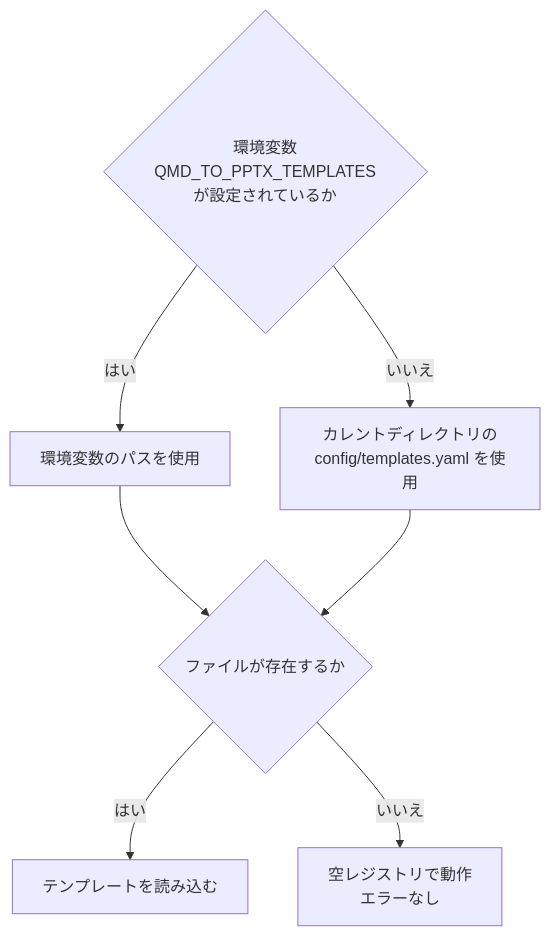
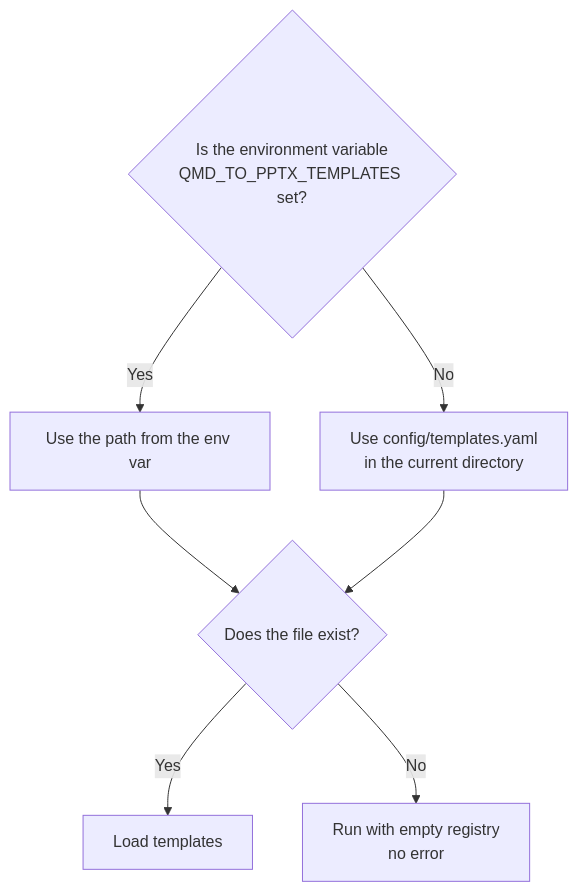
The third of 3 diagrams in README.md (notfolder/qmd_to_pptx), drawn with Mermaid before and after one commit. The commit also changed other lines of this file and 1 other file, not shown here.

Commit message:
Add Japanese README translation for qmd_to_pptx documentation

````diff
--- a/README.md
+++ b/README.md
@@ -236,9 +238,9 @@
 ```mermaid
 flowchart TD
-    A{環境変数\nQMD_TO_PPTX_TEMPLATES\nが設定されているか} -- はい --> B[環境変数のパスを使用]
-    A -- いいえ --> C[カレントディレクトリの\nconfig/templates.yaml を使用]
-    B --> D{ファイルが存在するか}
+    A{Is the environment variable\nQMD_TO_PPTX_TEMPLATES set?} -- Yes --> B[Use the path from the env var]
+    A -- No --> C[Use config/templates.yaml\nin the current directory]
+    B --> D{Does the file exist?}
     C --> D
-    D -- はい --> E[テンプレートを読み込む]
-    D -- いいえ --> F[空レジストリで動作\nエラーなし]
+    D -- Yes --> E[Load templates]
+    D -- No --> F[Run with empty registry\nno error]
 ```
````
